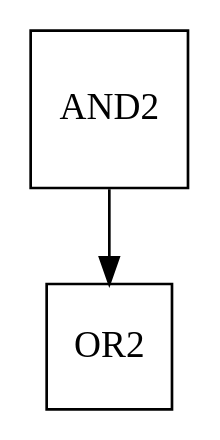
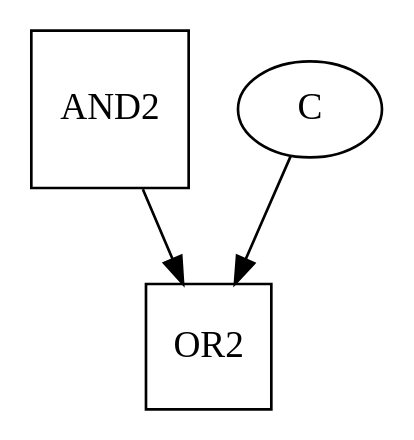
One commit to ozyz/Projet-Info changed the diagram in test.dot. Above: the diagram before and after it, drawn with Graphviz. The commit also changed 6 other files, not shown here.

```diff
--- a/test.dot
+++ b/test.dot
@@ -1,5 +1,6 @@
 digraph G {
   A[label="AND2", shape="square"]
   B[label="OR2", shape="square"]
   A -> B
+  C-> B
 }
```
